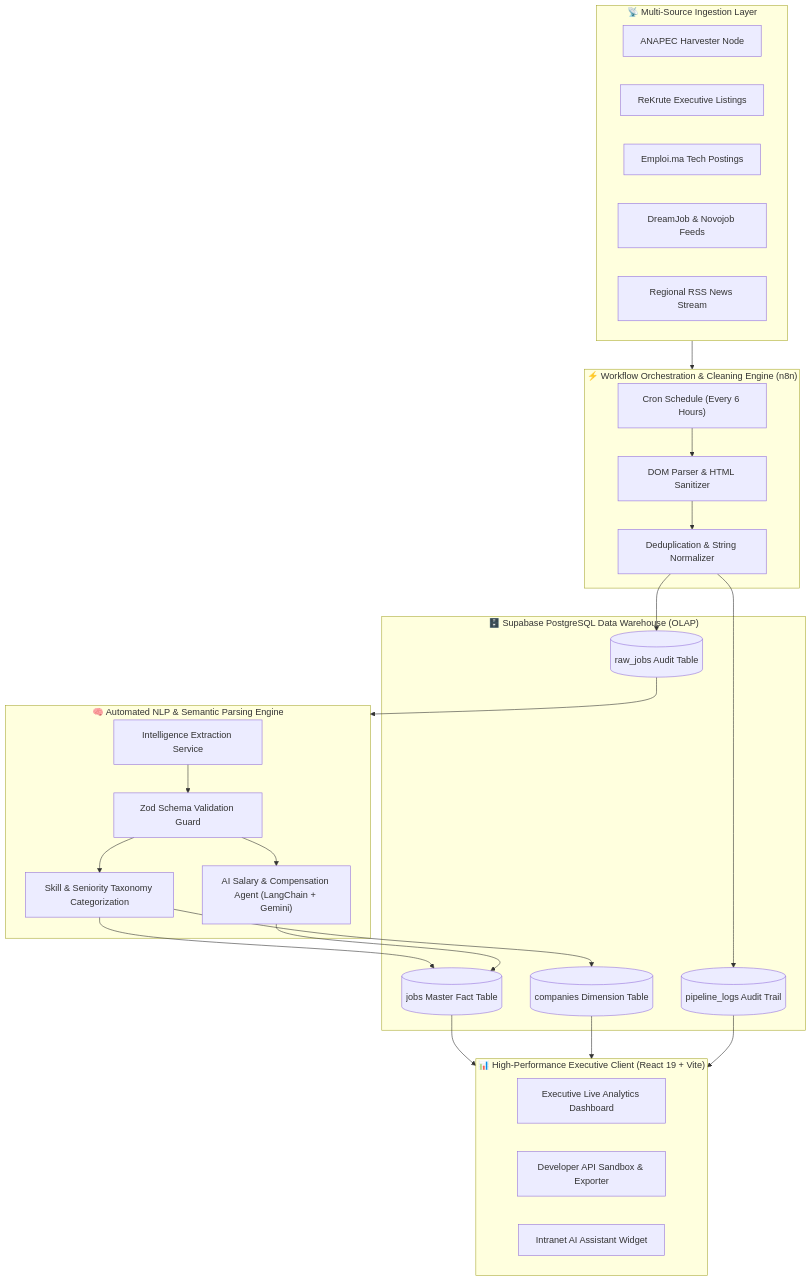
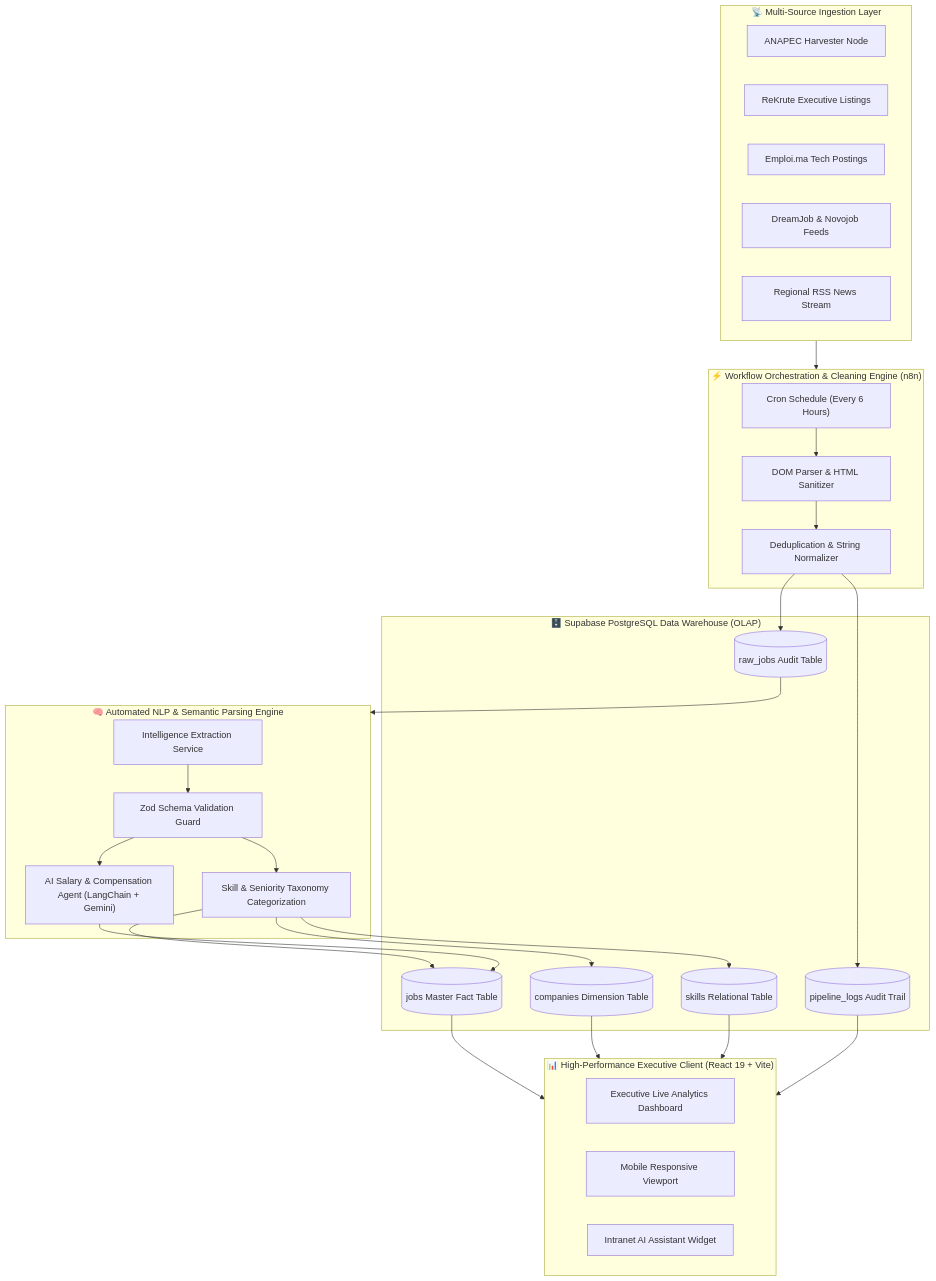
The first of 2 diagrams in README.md (zakariabahtani35-prog/morocco-employment-intelligence-platform), drawn with Mermaid before and after one commit. The commit also changed other lines of this file and 4 other files, not shown here.

````diff
--- a/README.md
+++ b/README.md
@@ -138,44 +138,45 @@
 ```mermaid
 flowchart TD
     subgraph Sourcing["📡 Multi-Source Ingestion Layer"]
         A1["ANAPEC Harvester Node"]
         A2["ReKrute Executive Listings"]
         A3["Emploi.ma Tech Postings"]
         A4["DreamJob & Novojob Feeds"]
         A5["Regional RSS News Stream"]
     end
 
     subgraph Orchestration["⚡ Workflow Orchestration & Cleaning Engine (n8n)"]
         B1["Cron Schedule (Every 6 Hours)"] --> B2["DOM Parser & HTML Sanitizer"]
         B2 --> B3["Deduplication & String Normalizer"]
     end
 
     subgraph Intelligence["🧠 Automated NLP & Semantic Parsing Engine"]
         C1["Intelligence Extraction Service"]
         C2["Zod Schema Validation Guard"]
         C3["Skill & Seniority Taxonomy Categorization"]
         C4["AI Salary & Compensation Agent (LangChain + Gemini)"]
     end
 
     subgraph Warehouse["🗄️ Supabase PostgreSQL Data Warehouse (OLAP)"]
         D1[("raw_jobs Audit Table")]
         D2[("jobs Master Fact Table")]
         D3[("companies Dimension Table")]
-        D4[("pipeline_logs Audit Trail")]
+        D4[("skills Relational Table")]
+        D5[("pipeline_logs Audit Trail")]
     end
 
     subgraph Presentation["📊 High-Performance Executive Client (React 19 + Vite)"]
         E1["Executive Live Analytics Dashboard"]
-        E2["Developer API Sandbox & Exporter"]
+        E2["Mobile Responsive Viewport"]
         E3["Intranet AI Assistant Widget"]
     end
 
     Sourcing --> Orchestration
     B3 --> D1
     D1 --> Intelligence
     C1 --> C2 --> C3 & C4
     C3 & C4 --> D2
-    C3 --> D3
-    B3 --> D4
-    D2 & D3 & D4 --> Presentation
+    C3 --> D3 & D4
+    B3 --> D5
+    D2 & D3 & D4 & D5 --> Presentation
 ```
````
